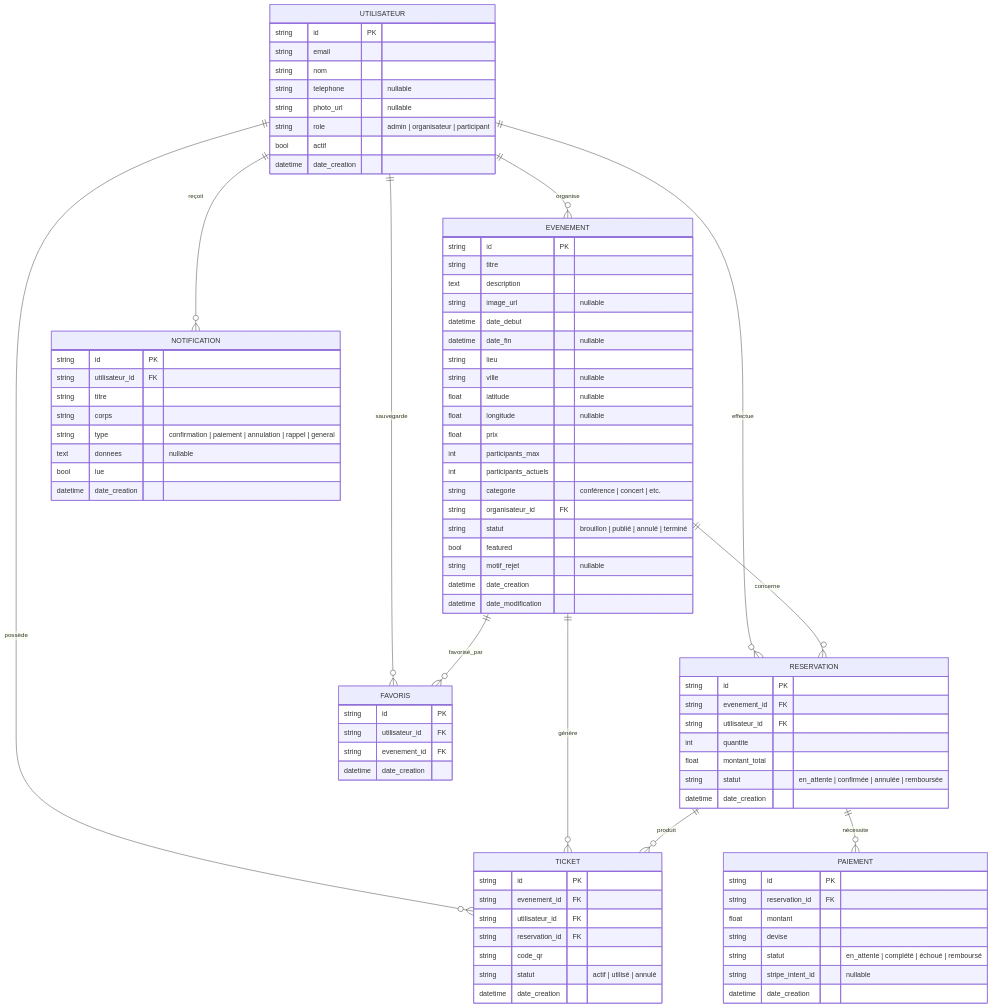
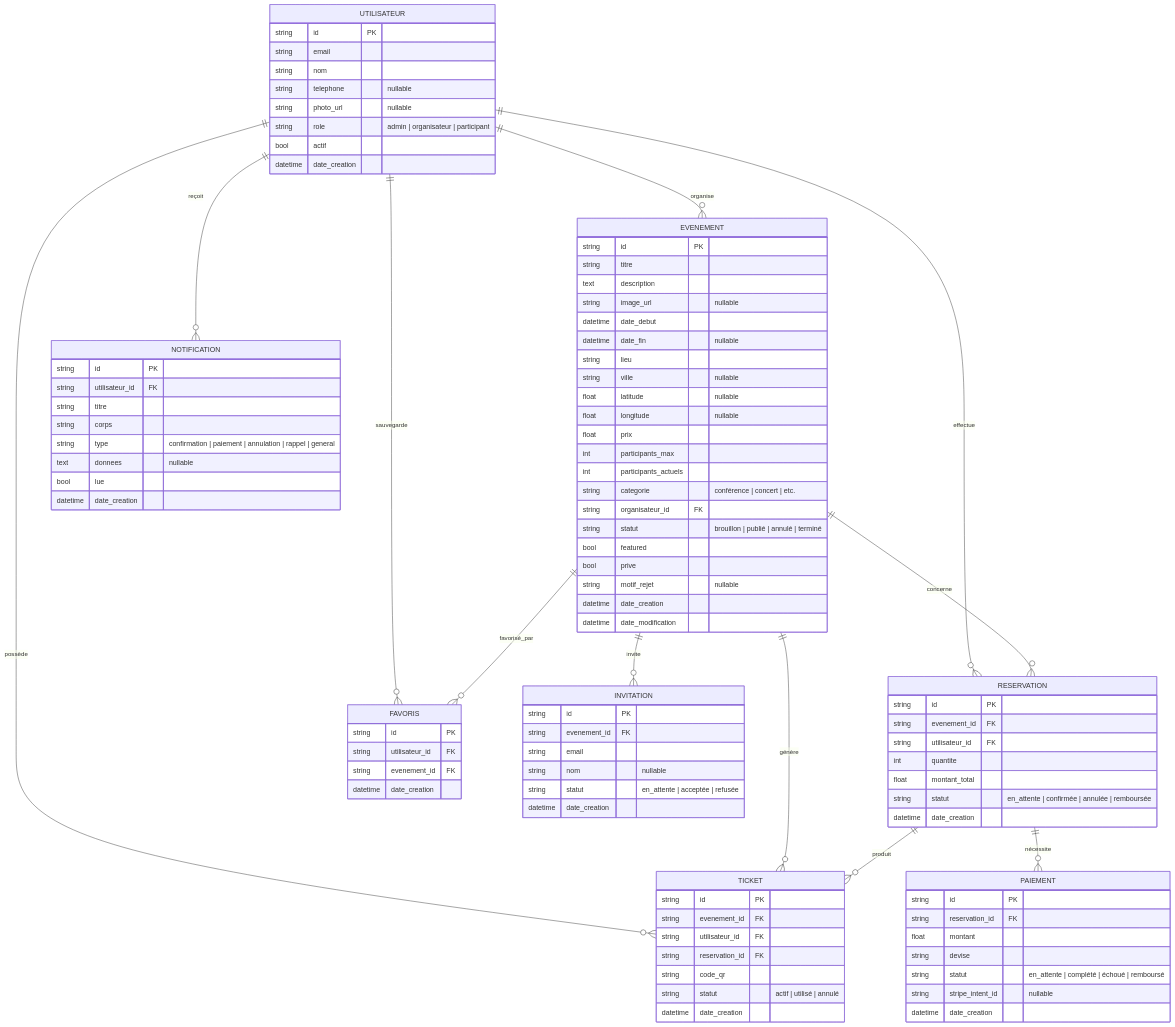
One commit to 24231-Brahim/pi-eventhub changed the fifth of 13 diagrams in FICHE_EXTRACTION_EVENTHUB.md. Above: the diagram before and after it, drawn with Mermaid. The commit also changed other lines of this file and 74 other files, not shown here.

```diff
--- a/FICHE_EXTRACTION_EVENTHUB.md
+++ b/FICHE_EXTRACTION_EVENTHUB.md
@@ -592,6 +619,7 @@
     UTILISATEUR ||--o{ FAVORIS : "sauvegarde"
     EVENEMENT ||--o{ RESERVATION : "concerne"
     EVENEMENT ||--o{ TICKET : "génère"
+    EVENEMENT ||--o{ INVITATION : "invite"
     EVENEMENT ||--o{ FAVORIS : "favorisé_par"
     RESERVATION ||--o{ PAIEMENT : "nécessite"
     RESERVATION ||--o{ TICKET : "produit"
@@ -625,9 +653,19 @@
         string organisateur_id FK
         string statut "brouillon | publié | annulé | terminé"
         bool featured
+        bool prive
         string motif_rejet "nullable"
         datetime date_creation
         datetime date_modification
+    }
+
+    INVITATION {
+        string id PK
+        string evenement_id FK
+        string email
+        string nom "nullable"
+        string statut "en_attente | acceptée | refusée"
+        datetime date_creation
     }
 
     RESERVATION {
```
